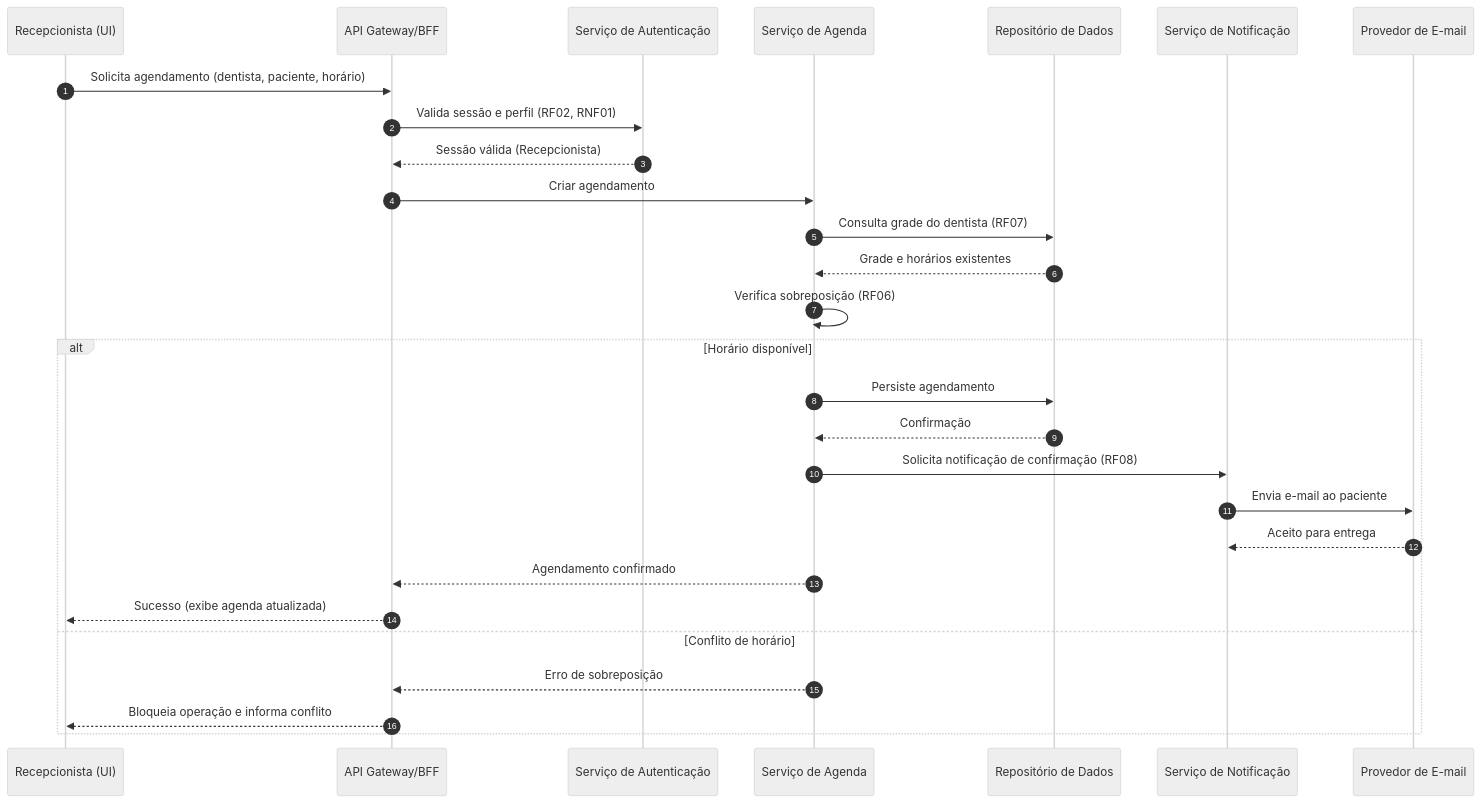
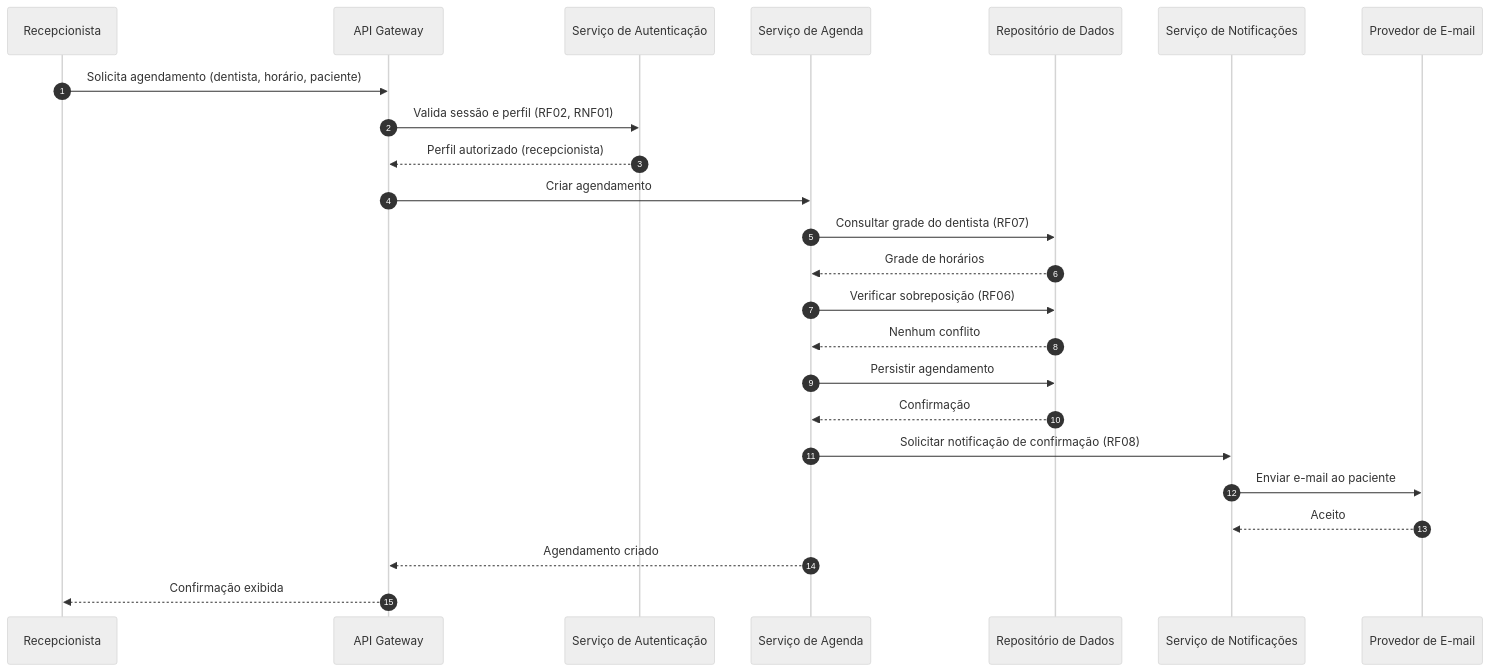
The second of 4 diagrams in docs/Time_2_Design/analise-qualitativa/outputs/relatorio_claude_opus_4_8_M02.md (PDC-ESIA/AI4ES), drawn with Mermaid (neutral theme) before and after one commit. The commit also changed other lines of this file and 107 other files, not shown here.

````diff
--- a/docs/Time_2_Design/analise-qualitativa/outputs/relatorio_claude_opus_4_8_M02.md
+++ b/docs/Time_2_Design/analise-qualitativa/outputs/relatorio_claude_opus_4_8_M02.md
@@ -90,31 +92,27 @@
 ```mermaid
 sequenceDiagram
     autonumber
-    participant R as Recepcionista (UI)
-    participant GW as API Gateway/BFF
-    participant AU as Serviço de Autenticação
-    participant AG as Serviço de Agenda
+    participant R as Recepcionista
+    participant GW as API Gateway
+    participant AUTH as Serviço de Autenticação
+    participant AGD as Serviço de Agenda
     participant DB as Repositório de Dados
-    participant NT as Serviço de Notificação
-    participant EM as Provedor de E-mail
+    participant NOT as Serviço de Notificações
+    participant MAIL as Provedor de E-mail
 
-    R->>GW: Solicita agendamento (dentista, paciente, horário)
-    GW->>AU: Valida sessão e perfil (RF02, RNF01)
-    AU-->>GW: Sessão válida (Recepcionista)
-    GW->>AG: Criar agendamento
-    AG->>DB: Consulta grade do dentista (RF07)
-    DB-->>AG: Grade e horários existentes
-    AG->>AG: Verifica sobreposição (RF06)
-    alt Horário disponível
-        AG->>DB: Persiste agendamento
-        DB-->>AG: Confirmação
-        AG->>NT: Solicita notificação de confirmação (RF08)
-        NT->>EM: Envia e-mail ao paciente
-        EM-->>NT: Aceito para entrega
-        AG-->>GW: Agendamento confirmado
-        GW-->>R: Sucesso (exibe agenda atualizada)
-    else Conflito de horário
-        AG-->>GW: Erro de sobreposição
-        GW-->>R: Bloqueia operação e informa conflito
-    end
+    R->>GW: Solicita agendamento (dentista, horário, paciente)
+    GW->>AUTH: Valida sessão e perfil (RF02, RNF01)
+    AUTH-->>GW: Perfil autorizado (recepcionista)
+    GW->>AGD: Criar agendamento
+    AGD->>DB: Consultar grade do dentista (RF07)
+    DB-->>AGD: Grade de horários
+    AGD->>DB: Verificar sobreposição (RF06)
+    DB-->>AGD: Nenhum conflito
+    AGD->>DB: Persistir agendamento
+    DB-->>AGD: Confirmação
+    AGD->>NOT: Solicitar notificação de confirmação (RF08)
+    NOT->>MAIL: Enviar e-mail ao paciente
+    MAIL-->>NOT: Aceito
+    AGD-->>GW: Agendamento criado
+    GW-->>R: Confirmação exibida
 ```
````
